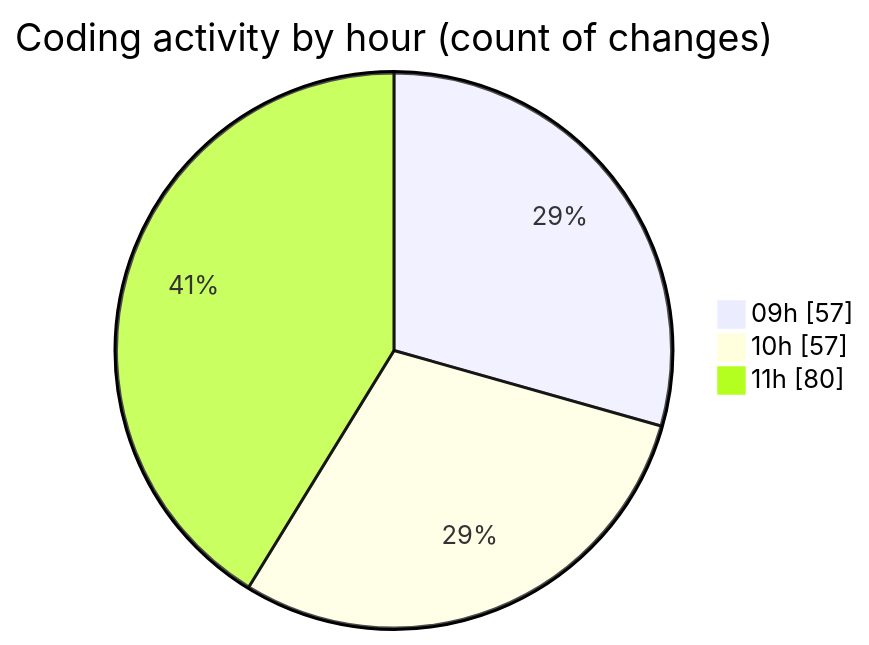
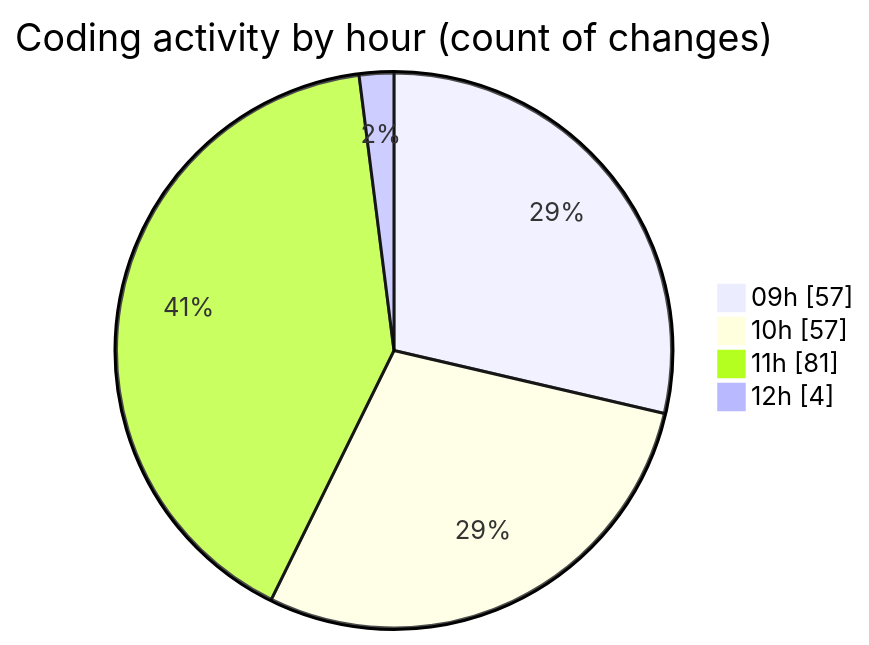
One commit to momahboobian/code-tracking changed the second of 2 diagrams in 2025-09-19/cda/README.md. Above: the diagram before and after it, drawn with Mermaid. The commit also changed other lines of this file and 1 other file, not shown here.

````diff
--- a/2025-09-19/cda/README.md
+++ b/2025-09-19/cda/README.md
@@ -30,7 +30,8 @@
 ```mermaid
 pie showData
 title Coding activity by hour (count of changes)
 "09h" : 57
 "10h" : 57
-"11h" : 80
+"11h" : 81
+"12h" : 4
 ```
````
